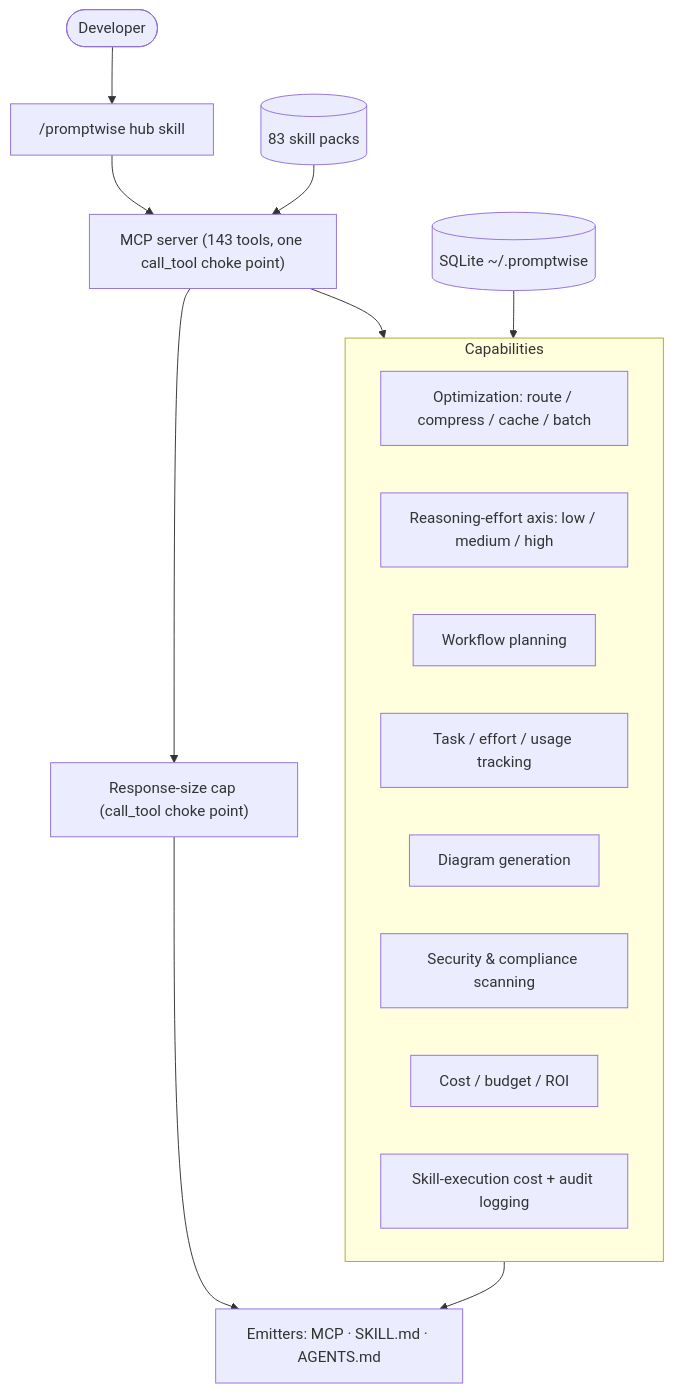
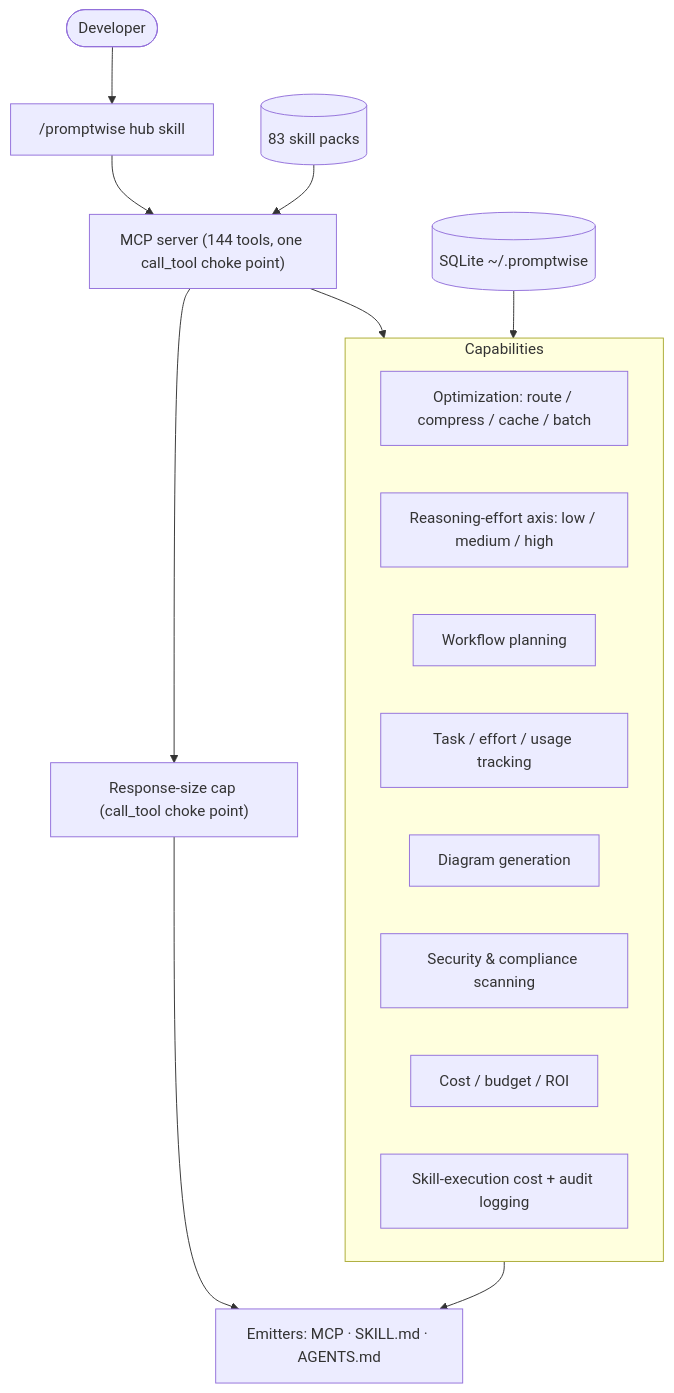
The first of 6 diagrams in docs/ARCHITECTURE.md (u2anilgit/PromptWise), drawn with Mermaid before and after one commit. The commit also changed 13 other files, not shown here.

````diff
--- a/docs/ARCHITECTURE.md
+++ b/docs/ARCHITECTURE.md
@@ -10,21 +10,21 @@
 ```mermaid
 flowchart TB
   dev([Developer]) --> hub["/promptwise hub skill"]
-  hub --> mcp["MCP server (143 tools, one call_tool choke point)"]
+  hub --> mcp["MCP server (144 tools, one call_tool choke point)"]
   subgraph Capabilities
     opt[Optimization: route / compress / cache / batch]
     effort[Reasoning-effort axis: low / medium / high]
     flow[Workflow planning]
     track[Task / effort / usage tracking]
     diag[Diagram generation]
     sec[Security & compliance scanning]
     cost[Cost / budget / ROI]
     skillaudit[Skill-execution cost + audit logging]
   end
   mcp --> Capabilities
   mcp --> cap["Response-size cap (call_tool choke point)"]
   cap --> emit["Emitters: MCP · SKILL.md · AGENTS.md"]
   Capabilities --> emit
   packs[("83 skill packs")] --> mcp
   store[("SQLite ~/.promptwise")] --> Capabilities
 ```
````
